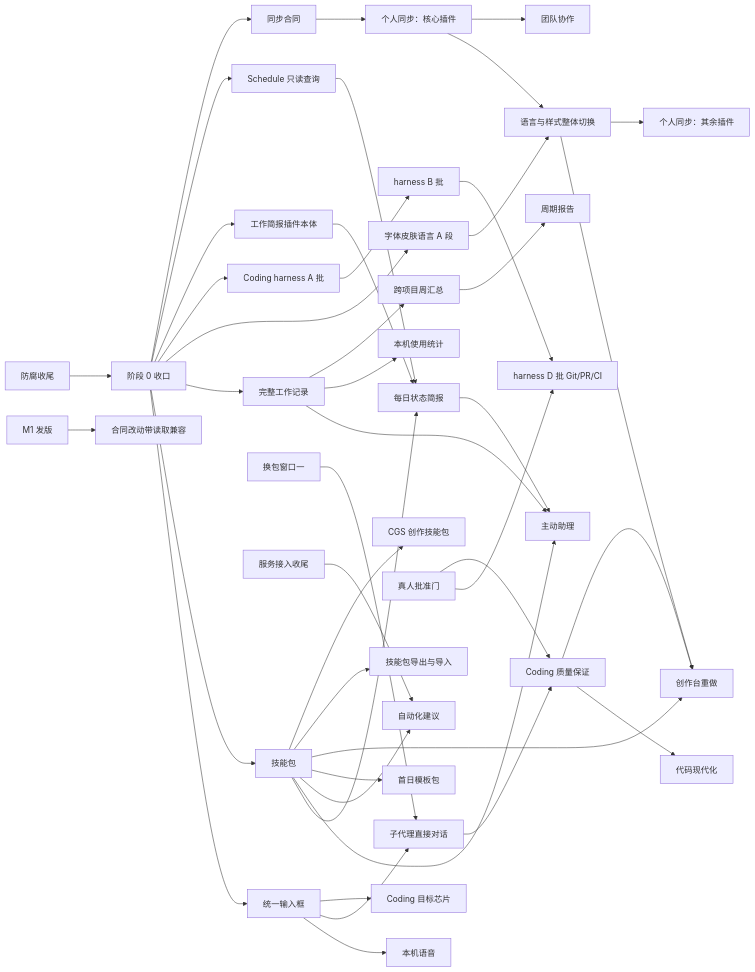
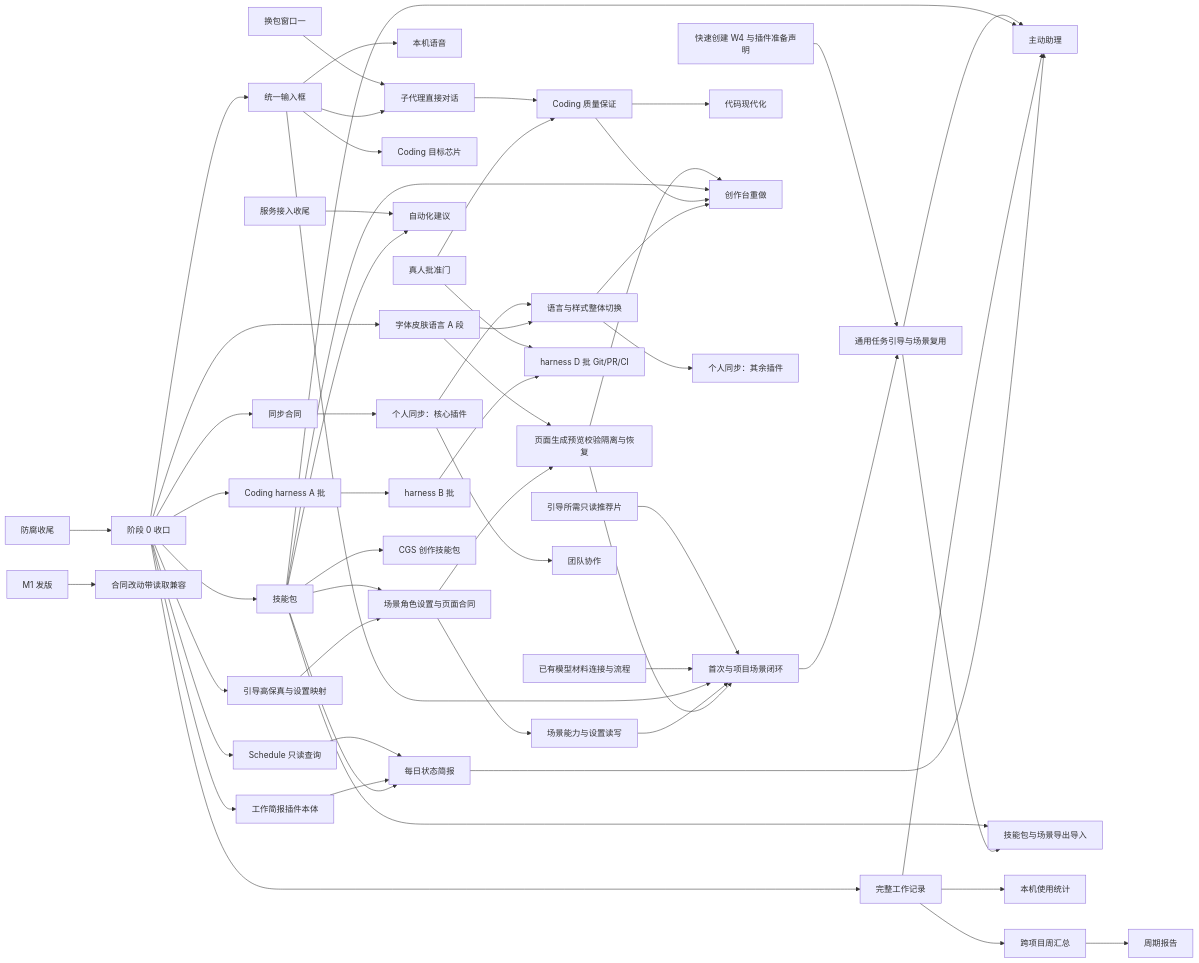
The diagram in specs/post-anticorruption-roadmap/spec.md (molis-ai/molis-work), drawn with Mermaid before and after one commit. The commit also changed other lines of this file and 2 other files, not shown here.

Commit message:
docs: integrate scenario onboarding and delivery roadmap

````diff
--- a/specs/post-anticorruption-roadmap/spec.md
+++ b/specs/post-anticorruption-roadmap/spec.md
@@ -181,45 +183,60 @@
 ```mermaid
 flowchart LR
   AC[防腐收尾] --> S0[阶段 0 收口]
   S0 --> IN[统一输入框]
   S0 --> SP[技能包]
   S0 --> WR[完整工作记录]
   S0 --> FA[字体皮肤语言 A 段]
   S0 --> HA[Coding harness A 批]
   S0 --> WB[工作简报插件本体]
   S0 --> SQ[Schedule 只读查询]
   IN --> VO[本机语音]
   IN --> SUB[子代理直接对话]
   IN --> CHIP[Coding 目标芯片]
   SP --> DB[每日状态简报]
   WB --> DB
   SQ --> DB
   DB --> PA[主动助理]
   WR --> PA
   SP --> PA
   SP --> AR[自动化建议]
-  SP --> TP[首日模板包]
+  S0 --> OD[引导高保真与设置映射]
+  OD --> OC[场景角色设置与页面合同]
+  SP --> OC
+  OC --> OG[页面生成预览校验隔离与恢复]
+  FA --> OG
+  OC --> OS[场景能力与设置读写]
+  OG --> ON[首次与项目场景闭环]
+  OS --> ON
+  IN --> ON
+  BASE[已有模型材料连接与流程] --> ON
+  REC[引导所需只读推荐片] --> ON
+  ON --> OT[通用任务引导与场景复用]
+  QC[快速创建 W4 与插件准备声明] --> OT
+  OT --> PA
+  OT --> SH
   HA --> HB[harness B 批]
   HB --> HD[harness D 批 Git/PR/CI]
   AP[真人批准门] --> HD
   AP --> QA[Coding 质量保证]
   SUB --> QA
   QA --> MOD[代码现代化]
   W1[换包窗口一] --> SUB
   FA --> FC[语言与样式整体切换]
   FC --> PB[创作台重做]
   QA --> PB
   SP --> PB
+  OG --> PB
   ASC[服务接入收尾] --> AR
   WR --> ST[本机使用统计]
   WR --> XP[跨项目周汇总]
   XP --> PR[周期报告]
   S0 --> SC[同步合同]
   SC --> SY[个人同步：核心插件]
   SY --> FC
   FC --> SY2[个人同步：其余插件]
   SY --> TEAM[团队协作]
-  SP --> SH[技能包导出与导入]
+  SP --> SH[技能包与场景导出导入]
   SP --> CGS[CGS 创作技能包]
   M1[M1 发版] --> COMPAT[合同改动带读取兼容]
 ```
````
